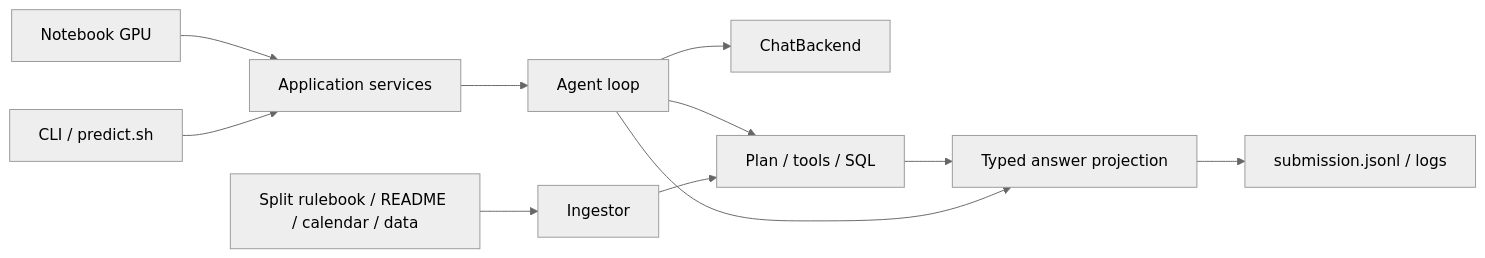
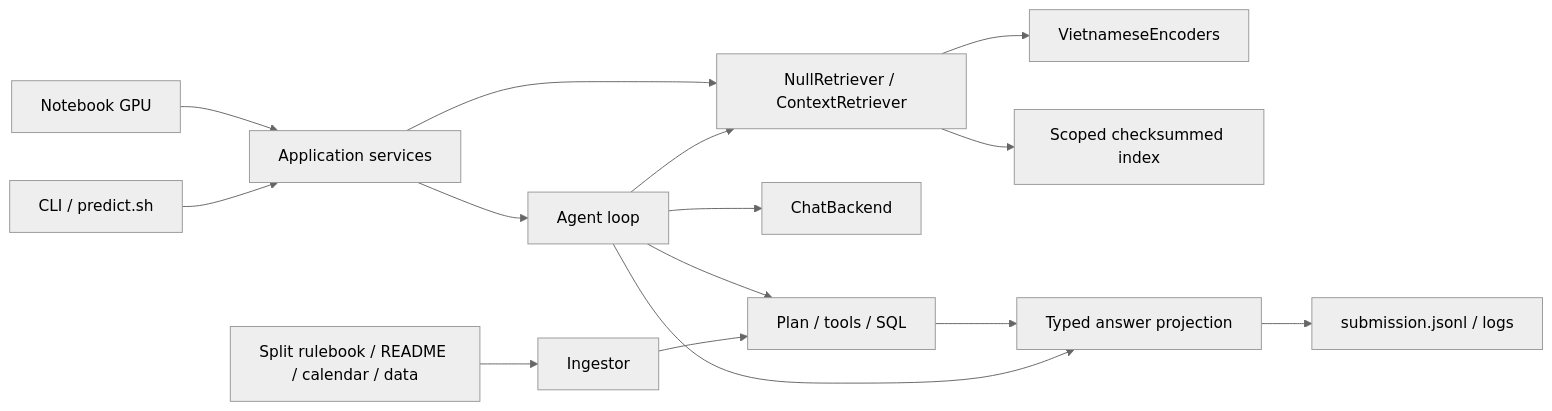
Before and after one commit to giabaonguyen0207/AI_ZALO2026-LoveYou3500: the diagram in docs/architecture.md, drawn with Mermaid (neutral theme). The commit also changed other lines of this file and 18 other files, not shown here.

````diff
--- a/docs/architecture.md
+++ b/docs/architecture.md
@@ -5,13 +5,17 @@
 ```mermaid
 flowchart LR
     Notebook[Notebook GPU] --> App[Application services]
     CLI[CLI / predict.sh] --> App
     App --> Agent[Agent loop]
+    App --> Retriever[NullRetriever / ContextRetriever]
     Agent --> Backend[ChatBackend]
+    Agent --> Retriever
+    Retriever --> Encoders[VietnameseEncoders]
+    Retriever --> Index[Scoped checksummed index]
     Agent --> Tools[Plan / tools / SQL]
     Split[Split rulebook / README / calendar / data] --> Ingest[Ingestor]
     Ingest --> Tools
     Tools --> Project[Typed answer projection]
     Agent --> Project
     Project --> Output[submission.jsonl / logs]
 ```
````
